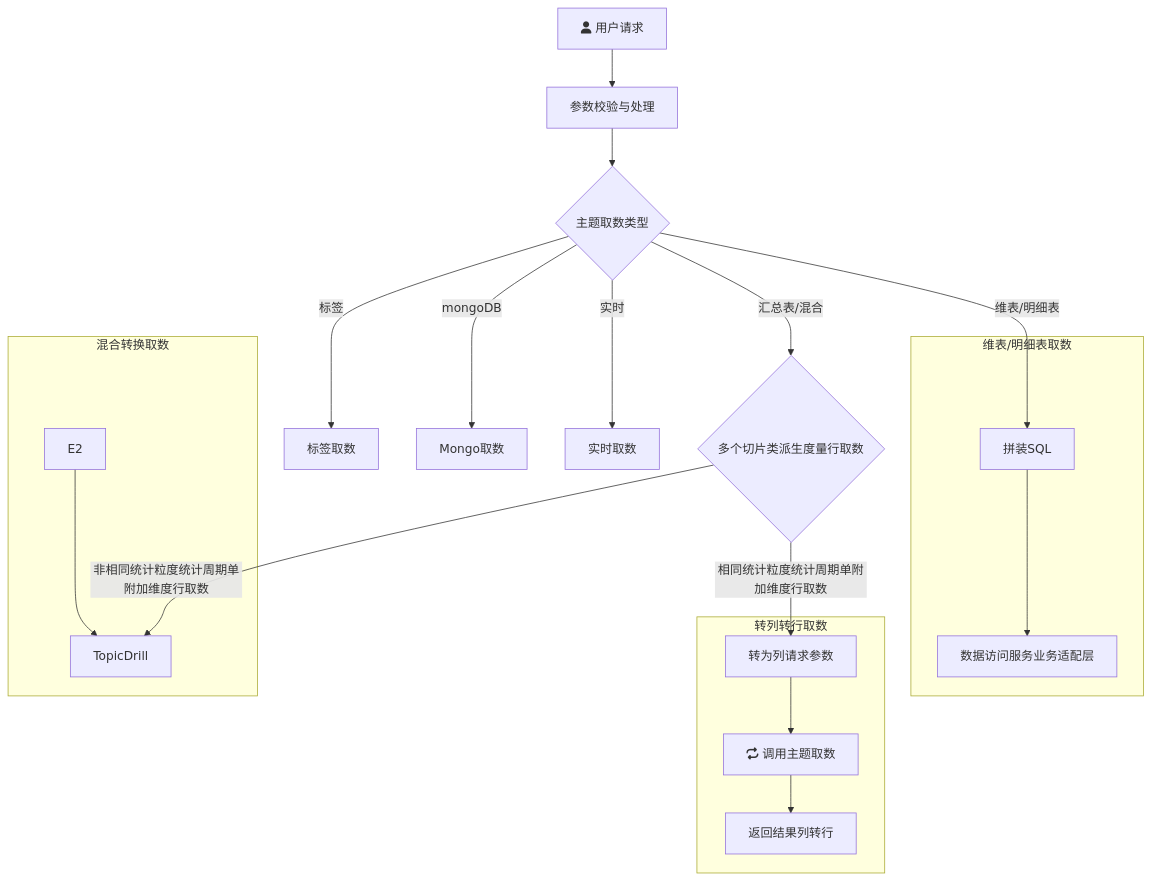
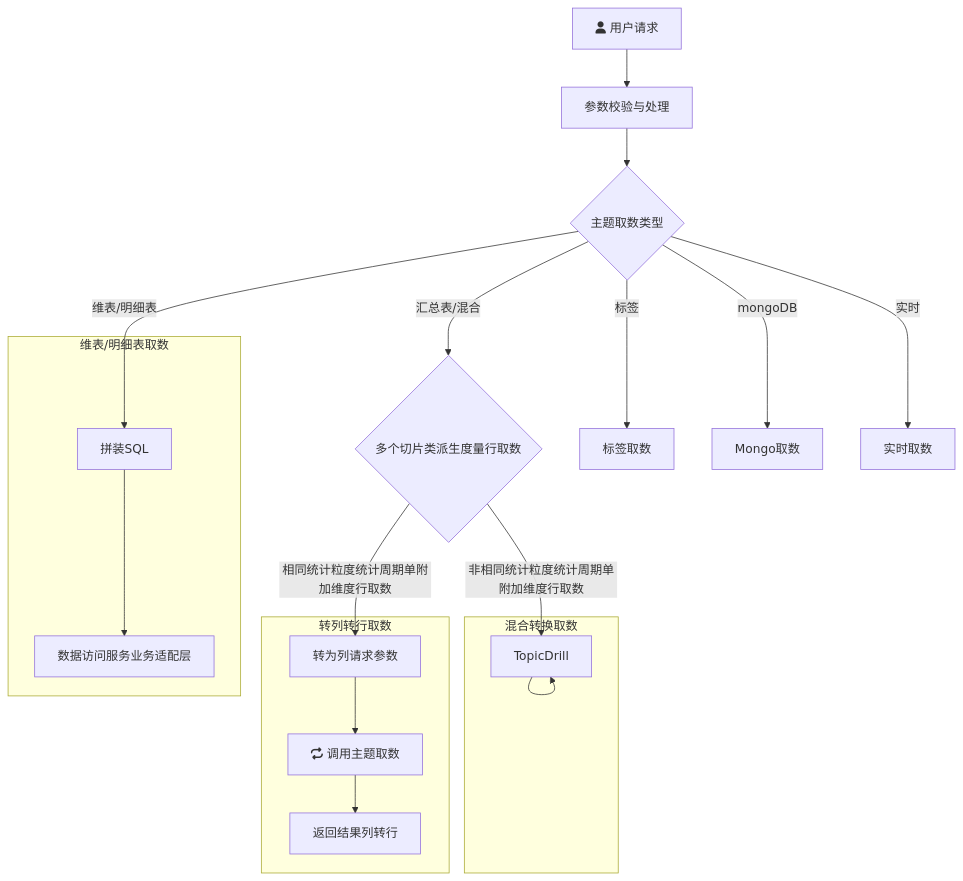
The diagram in all/未命名.md (yanglosm/iodraw-files), drawn with Mermaid before and after one commit.

Commit message:
2024-11-29 18:38:22 update

````diff
--- a/all/未命名.md
+++ b/all/未命名.md
@@ -1,20 +1,20 @@
 ```mermaid
 flowchart TD
     A[fa:fa-user 用户请求] -->A1[参数校验与处理] --> B{主题取数类型}
     B -->|维表/明细表| D[拼装SQL]
     B -->|汇总表/混合| E{多个切片类派生度量行取数}
     B -->|标签| F[标签取数]
     B -->|mongoDB| G[Mongo取数]
     B -->|实时| H[实时取数]
     E -->|相同统计粒度统计周期单附加维度行取数| E1[转为列请求参数]
     E -->|非相同统计粒度统计周期单附加维度行取数| T[主题限定钻取]
     subgraph 维表/明细表取数
     D-->D1[数据访问服务业务适配层]
     end
     subgraph 转列转行取数
     E1-->E11[fa:fa-repeat 调用主题取数]-->E12[返回结果列转行]
     end
     subgraph 混合转换取数
-    E2-->T[TopicDrill]
+    T-->T[TopicDrill]
     end
 ```
````
